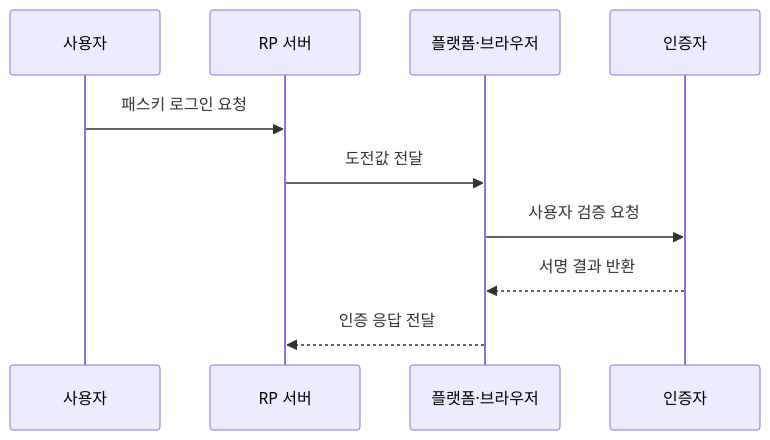
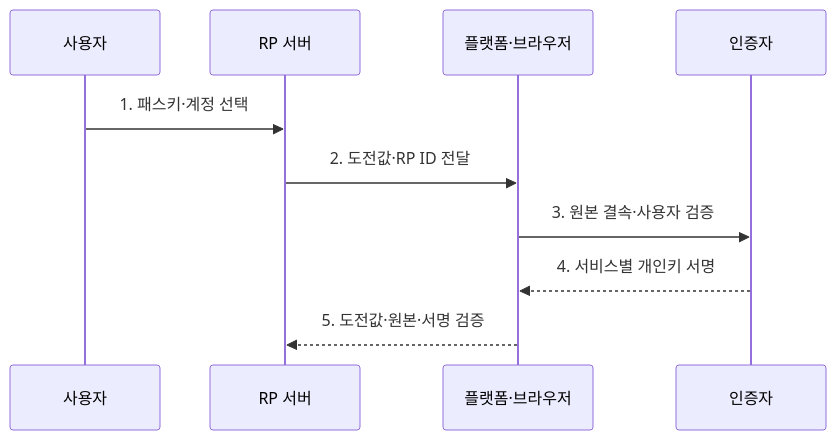
One commit to agnusdei1207/knowledge-base changed the second of 2 diagrams in src/content/docs/notes/05-security/056_passkey.md. Above: the diagram before and after it, drawn with Mermaid. The commit also changed other lines of this file and 11 other files, not shown here.

````diff
--- a/src/content/docs/notes/05-security/056_passkey.md
+++ b/src/content/docs/notes/05-security/056_passkey.md
@@ -83,12 +86,12 @@
 ```mermaid
 sequenceDiagram
     participant U as 사용자
     participant R as RP 서버
     participant P as 플랫폼·브라우저
     participant A as 인증자
-    U->>R: 패스키 로그인 요청
-    R->>P: 도전값 전달
-    P->>A: 사용자 검증 요청
-    A-->>P: 서명 결과 반환
-    P-->>R: 인증 응답 전달
+    U->>R: 1. 패스키·계정 선택
+    R->>P: 2. 도전값·RP ID 전달
+    P->>A: 3. 원본 결속·사용자 검증
+    A-->>P: 4. 서비스별 개인키 서명
+    P-->>R: 5. 도전값·원본·서명 검증
 ```
````
